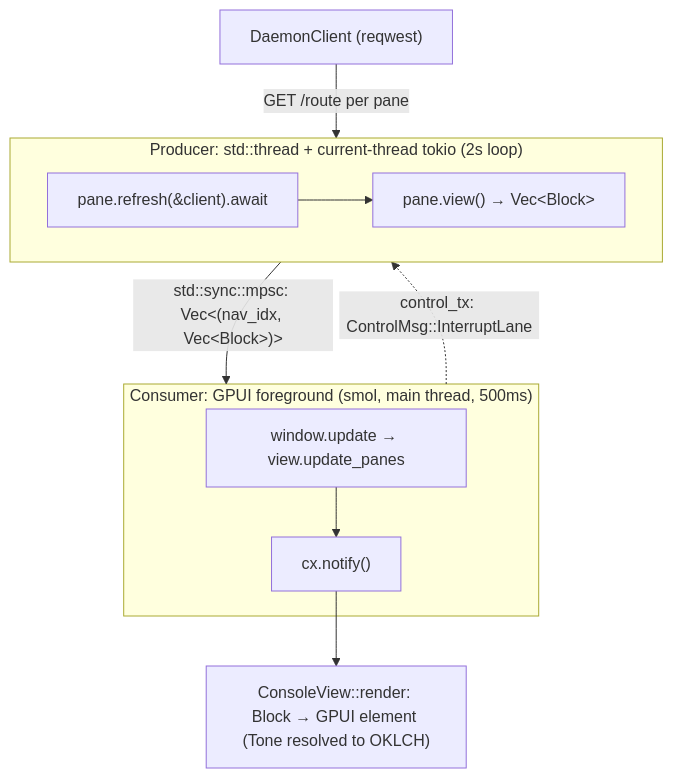
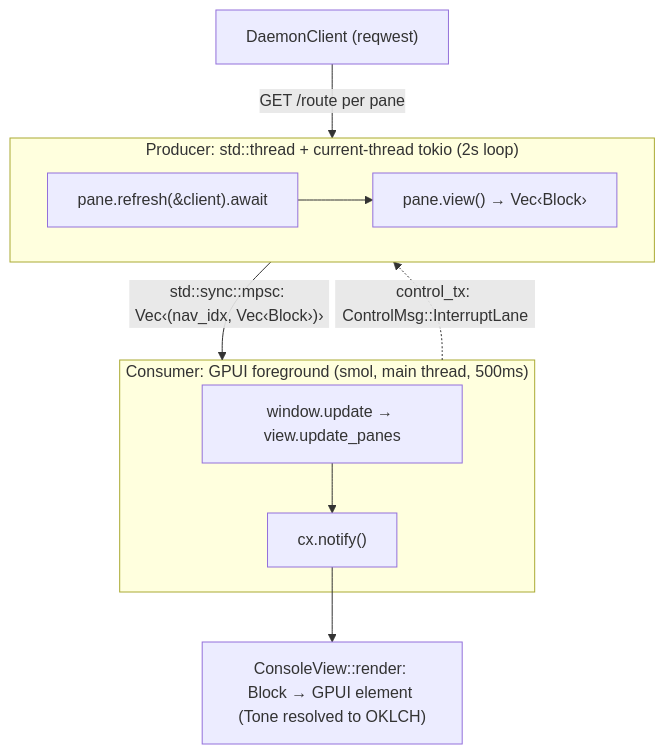
The diagram in skills/gpui-rust-console/SKILL.md (curiositech/port-daddy), drawn with Mermaid before and after one commit. The commit also changed other lines of this file and 21 other files, not shown here.

````diff
--- a/skills/gpui-rust-console/SKILL.md
+++ b/skills/gpui-rust-console/SKILL.md
@@ -75,13 +75,13 @@
 ```mermaid
 flowchart TD
   D["DaemonClient (reqwest)"] -->|"GET /route per pane"| PR
   subgraph PR["Producer: std::thread + current-thread tokio (2s loop)"]
-    R["pane.refresh(&client).await"] --> V["pane.view() → Vec&lt;Block&gt;"]
+    R["pane.refresh(&client).await"] --> V["pane.view() → Vec‹Block›"]
   end
-  PR -->|"std::sync::mpsc: Vec&lt;(nav_idx, Vec&lt;Block&gt;)&gt;"| CO
+  PR -->|"std::sync::mpsc: Vec‹(nav_idx, Vec‹Block›)›"| CO
   subgraph CO["Consumer: GPUI foreground (smol, main thread, 500ms)"]
     U["window.update → view.update_panes"] --> N["cx.notify()"]
   end
   N --> PAINT["ConsoleView::render: Block → GPUI element (Tone resolved to OKLCH)"]
   CO -.->|"control_tx: ControlMsg::InterruptLane"| PR
 ```
````
